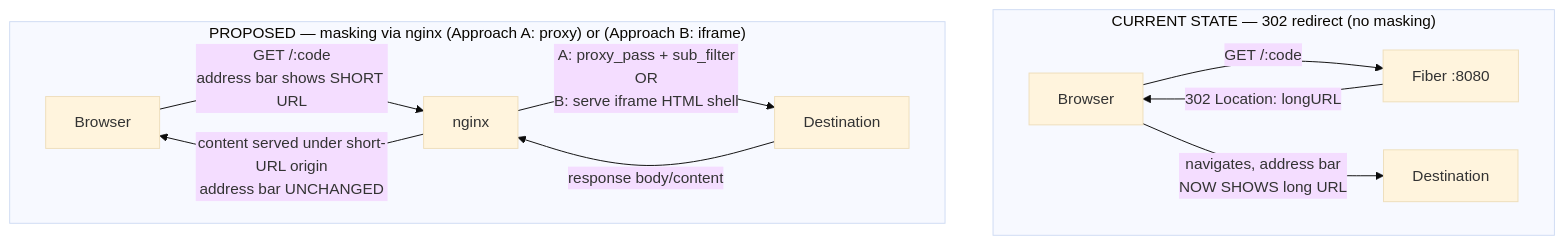
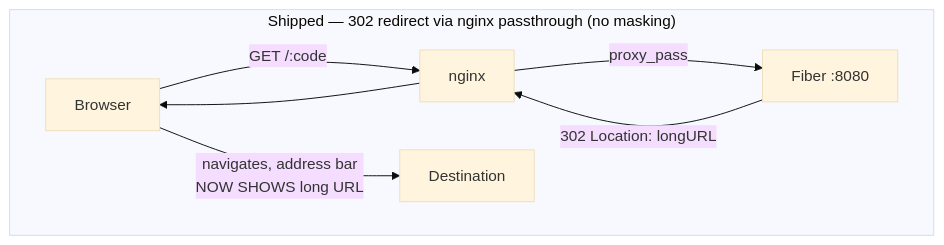
Before and after one commit to secretJod/Url-Shortner: the seventh of 7 diagrams in docs/system-design/02-high-level-design.md, drawn with Mermaid (base theme). The commit also changed other lines of this file and 17 other files, not shown here.

````diff
--- a/docs/system-design/02-high-level-design.md
+++ b/docs/system-design/02-high-level-design.md
@@ -197,17 +196,11 @@
 ```mermaid
 flowchart TB
-    subgraph Current["CURRENT STATE — 302 redirect (no masking)"]
+    subgraph Current["Shipped — 302 redirect via nginx passthrough (no masking)"]
         direction LR
-        B1[Browser] -->|GET /:code| F1["Fiber :8080"]
-        F1 -->|302 Location: longURL| B1
+        B1[Browser] -->|GET /:code| N1["nginx"]
+        N1 -->|proxy_pass| F1["Fiber :8080"]
+        F1 -->|302 Location: longURL| N1
+        N1 --> B1
         B1 -->|navigates, address bar\nNOW SHOWS long URL| D1[Destination]
     end
-
-    subgraph Proposed["PROPOSED — masking via nginx (Approach A: proxy) or (Approach B: iframe)"]
-        direction LR
-        B2[Browser] -->|GET /:code\naddress bar shows SHORT URL| N["nginx"]
-        N -->|A: proxy_pass + sub_filter\nOR\nB: serve iframe HTML shell| D2[Destination]
-        D2 -->|response body/content| N
-        N -->|content served under short-URL origin\naddress bar UNCHANGED| B2
-    end
 ```
````
